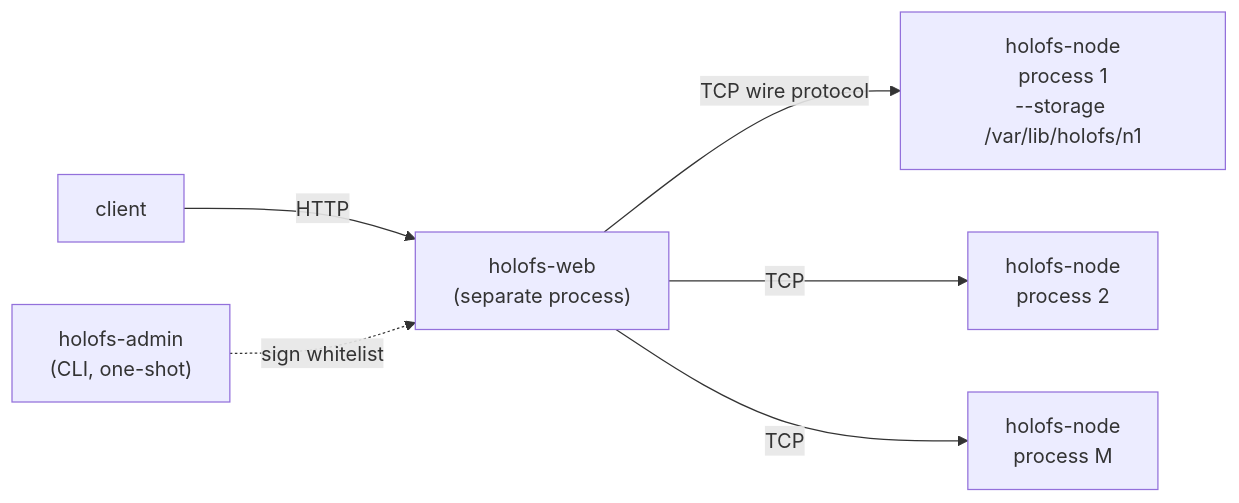
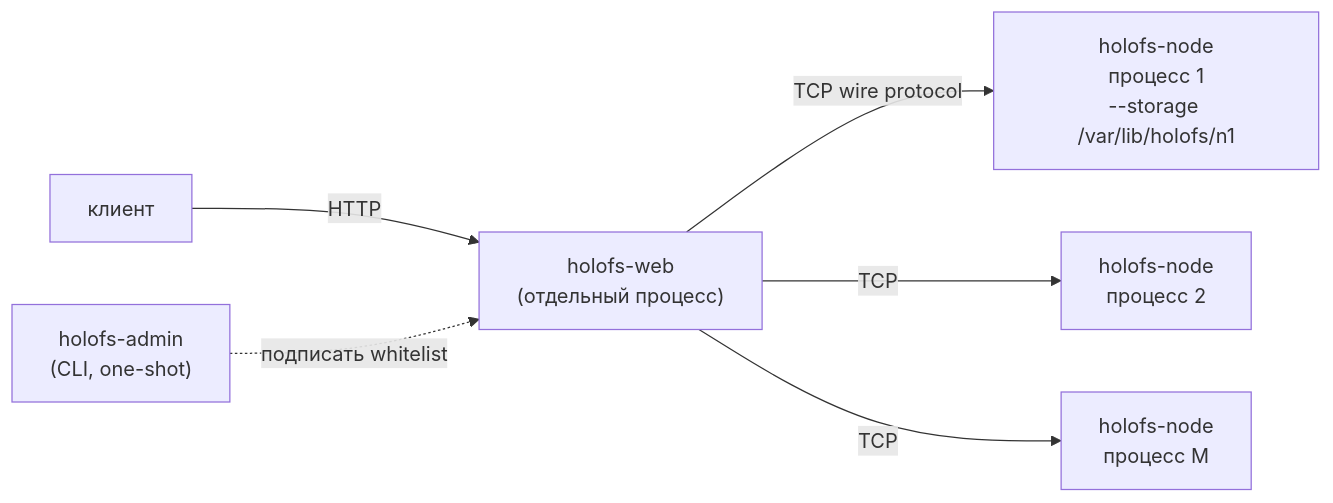
The third of 5 diagrams in docs/ru/architecture.md (rmorenko/holofs), drawn with Mermaid before and after one commit. The commit also changed other lines of this file and 3 other files, not shown here.

First line of the commit message:
docs: retranslate ru/{README,threat-model,architecture,theory}.md against 1.0.0 canon

````diff
--- a/docs/ru/architecture.md
+++ b/docs/ru/architecture.md
@@ -105,8 +217,8 @@
 ```mermaid
 flowchart LR
-    user["client"] -->|HTTP| gw["holofs-web<br/>(separate process)"]
-    gw -->|TCP wire protocol| n1["holofs-node<br/>process 1<br/>--storage /var/lib/holofs/n1"]
-    gw -->|TCP| n2["holofs-node<br/>process 2"]
-    gw -->|TCP| nM["holofs-node<br/>process M"]
-    admin["holofs-admin<br/>(CLI, one-shot)"] -.->|sign whitelist| gw
+    user["клиент"] -->|HTTP| gw["holofs-web<br/>(отдельный процесс)"]
+    gw -->|TCP wire protocol| n1["holofs-node<br/>процесс 1<br/>--storage /var/lib/holofs/n1"]
+    gw -->|TCP| n2["holofs-node<br/>процесс 2"]
+    gw -->|TCP| nM["holofs-node<br/>процесс M"]
+    admin["holofs-admin<br/>(CLI, one-shot)"] -.->|подписать whitelist| gw
 ```
````
